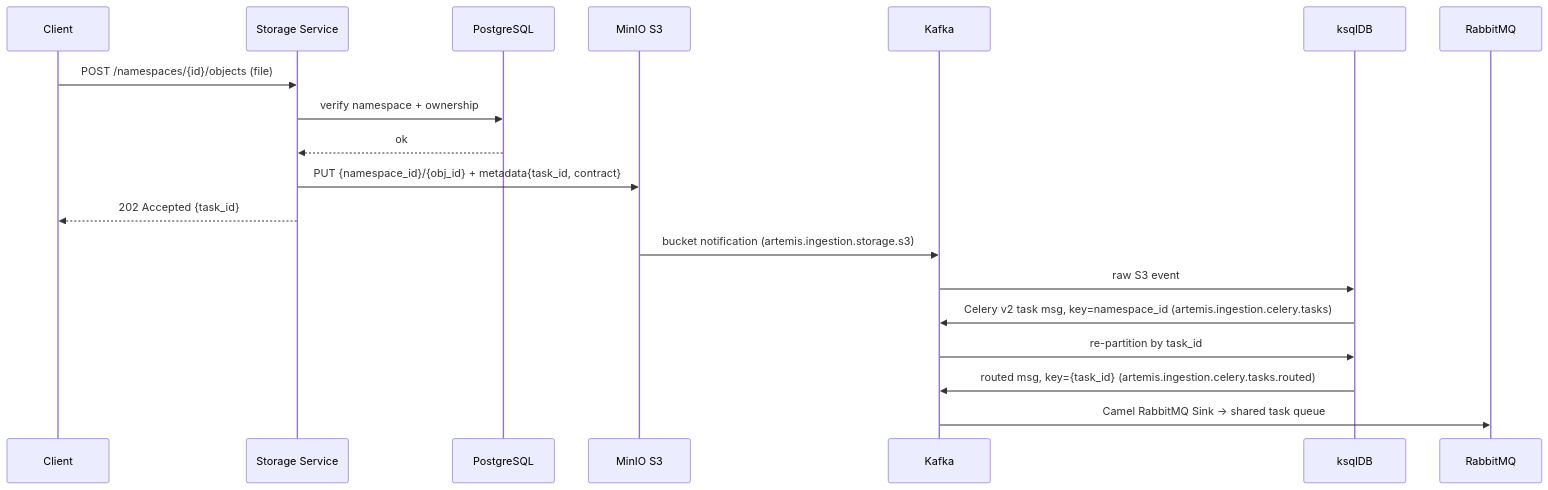
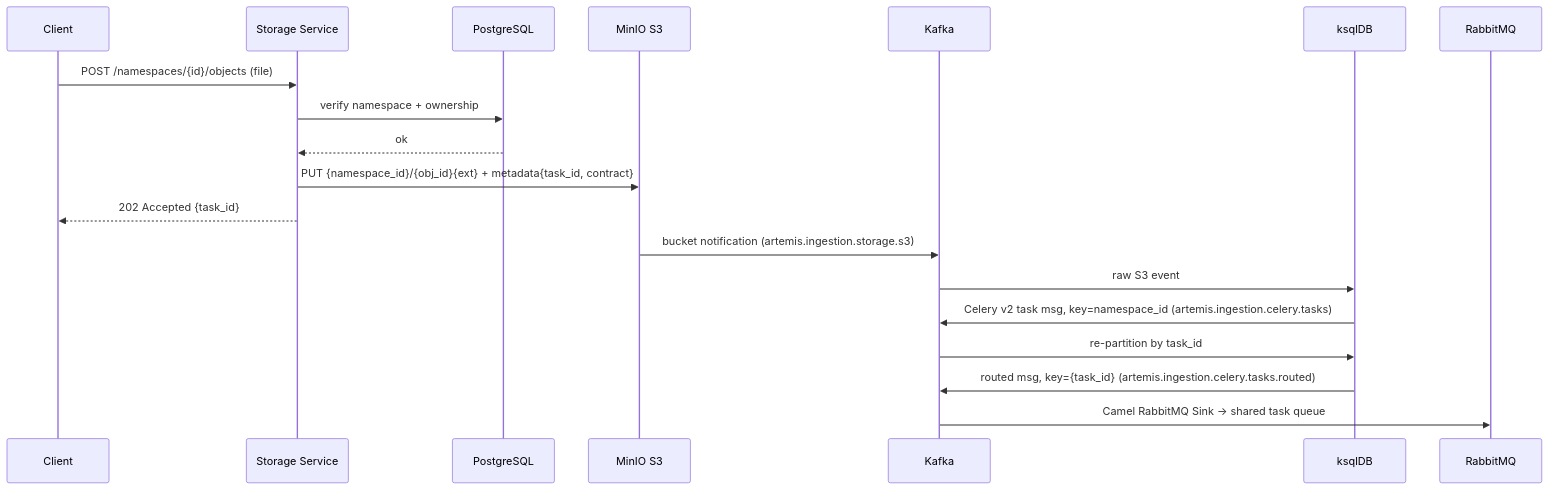
Before and after one commit to k-sparrow/artemis: the second of 2 diagrams in docs/architecture/dispatch-subsystem.md, drawn with Mermaid. The commit also changed other lines of this file and 4 other files, not shown here.

````diff
--- a/docs/architecture/dispatch-subsystem.md
+++ b/docs/architecture/dispatch-subsystem.md
@@ -82,23 +82,23 @@
 ```mermaid
 sequenceDiagram
     participant C as Client
     participant SS as Storage Service
     participant PG as PostgreSQL
     participant S3 as MinIO S3
     participant K as Kafka
     participant ksql as ksqlDB
     participant RMQ as RabbitMQ
 
     C->>SS: POST /namespaces/{id}/objects (file)
     SS->>PG: verify namespace + ownership
     PG-->>SS: ok
-    SS->>S3: PUT {namespace_id}/{obj_id} + metadata{task_id, contract}
+    SS->>S3: PUT {namespace_id}/{obj_id}{ext} + metadata{task_id, contract}
     SS-->>C: 202 Accepted {task_id}
 
     S3->>K: bucket notification (artemis.ingestion.storage.s3)
     K->>ksql: raw S3 event
     ksql->>K: Celery v2 task msg, key=namespace_id (artemis.ingestion.celery.tasks)
     K->>ksql: re-partition by task_id
     ksql->>K: routed msg, key={task_id} (artemis.ingestion.celery.tasks.routed)
     K->>RMQ: Camel RabbitMQ Sink → shared task queue
 ```
````
